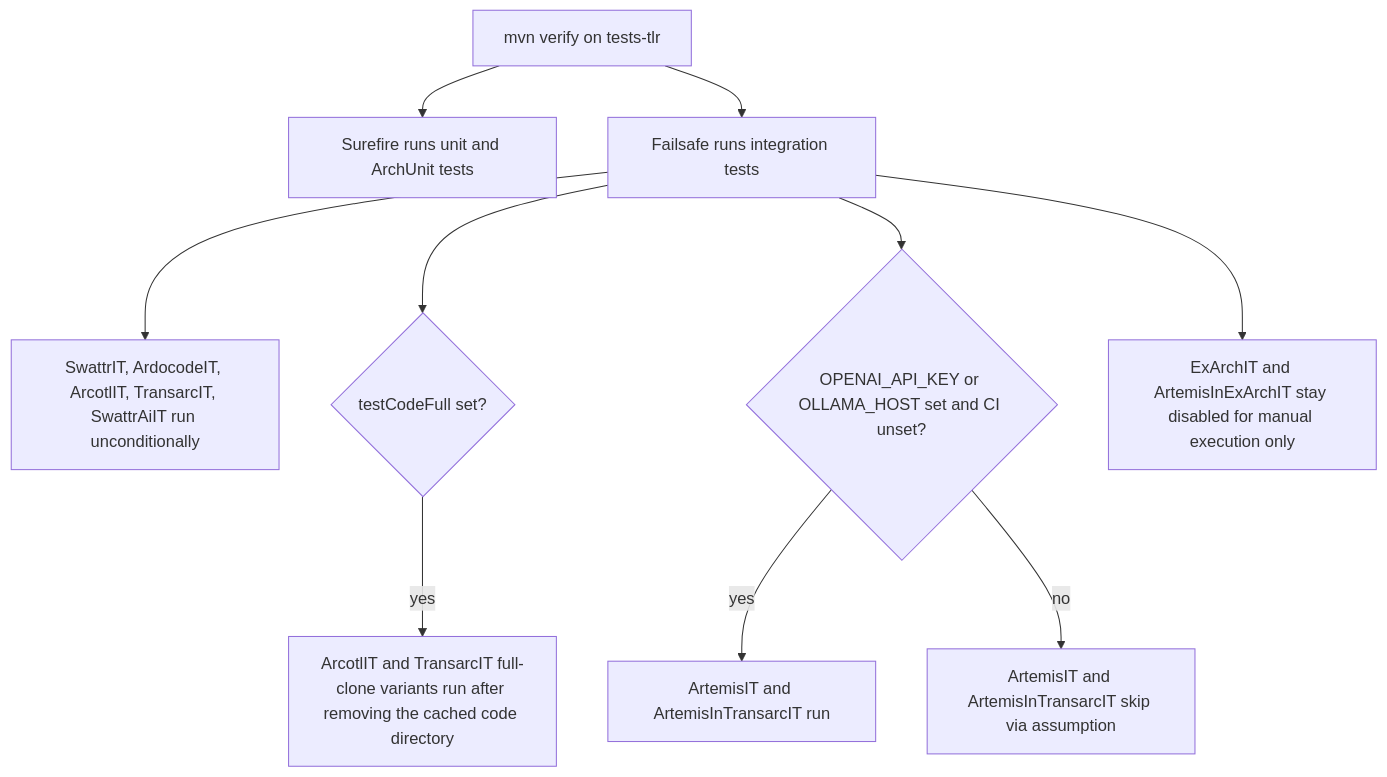
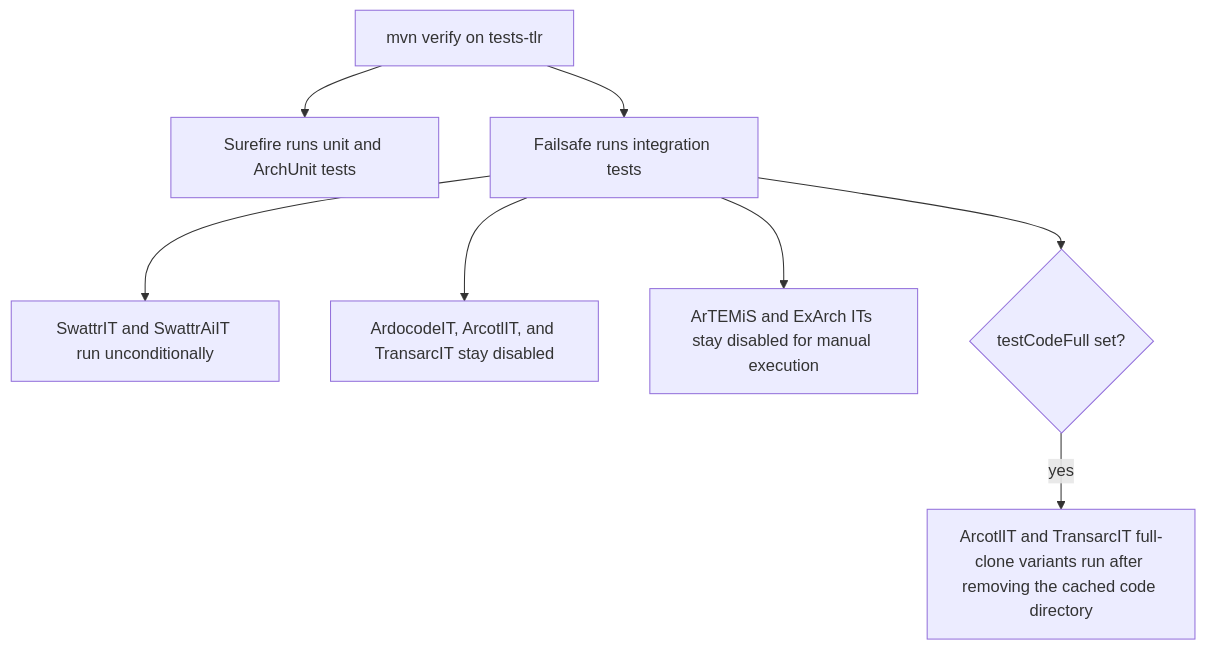
The first of 3 diagrams in openwiki/testing.md (ardoco/ardoco), drawn with Mermaid before and after one commit. The commit also changed other lines of this file and 15 other files, not shown here.

````diff
--- a/openwiki/testing.md
+++ b/openwiki/testing.md
@@ -192,12 +239,10 @@
 ```mermaid
 flowchart TD
     V["mvn verify on tests-tlr"] --> SURE["Surefire runs unit and ArchUnit tests"]
     V --> FAIL["Failsafe runs integration tests"]
-    FAIL --> ALWAYS["SwattrIT, ArdocodeIT, ArcotlIT, TransarcIT, SwattrAiIT run unconditionally"]
+    FAIL --> ALWAYS["SwattrIT and SwattrAiIT run unconditionally"]
+    FAIL --> DIS["ArdocodeIT, ArcotlIT, and TransarcIT stay disabled"]
+    FAIL --> MANUAL["ArTEMiS and ExArch ITs stay disabled for manual execution"]
     FAIL --> CODEFULL{"testCodeFull set?"}
     CODEFULL -- "yes" --> FULL["ArcotlIT and TransarcIT full-clone variants run after removing the cached code directory"]
-    FAIL --> LLM{"OPENAI_API_KEY or OLLAMA_HOST set and CI unset?"}
-    LLM -- "yes" --> ARTEMIS["ArtemisIT and ArtemisInTransarcIT run"]
-    LLM -- "no" --> SKIP["ArtemisIT and ArtemisInTransarcIT skip via assumption"]
-    FAIL --> MANUAL["ExArchIT and ArtemisInExArchIT stay disabled for manual execution only"]
 ```
````
